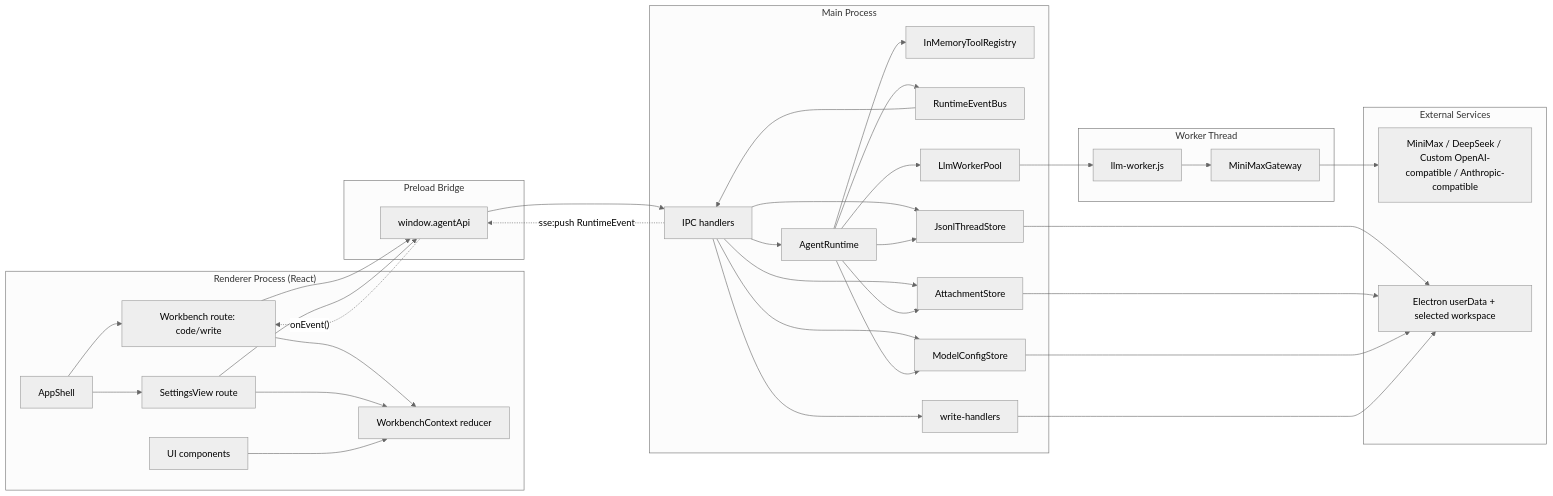
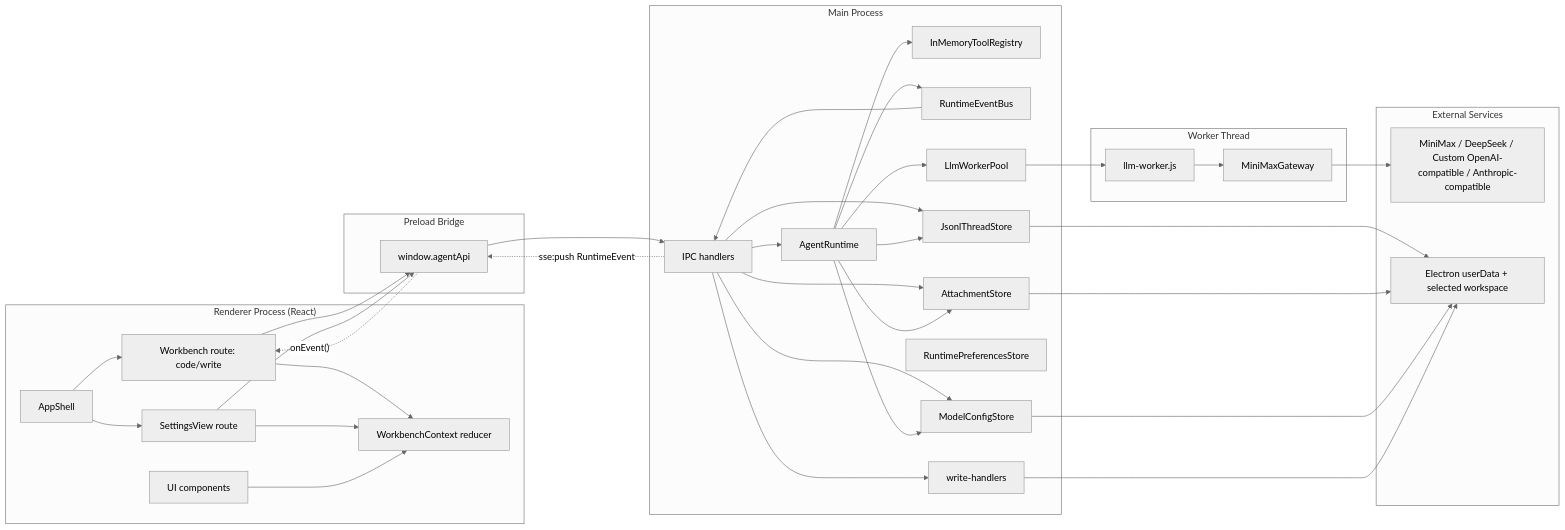
One commit to dp-sudo/agent-pyramid-desktop changed the first of 9 diagrams in docs/architecture.md. Above: the diagram before and after it, drawn with Mermaid (neutral theme). The commit also changed other lines of this file and 53 other files, not shown here.

````diff
--- a/docs/architecture.md
+++ b/docs/architecture.md
@@ -27,66 +27,67 @@
 ```mermaid
 flowchart LR
   subgraph Renderer["Renderer Process (React)"]
     AppShell["AppShell"]
     Workbench["Workbench route: code/write"]
     Settings["SettingsView route"]
     Store["WorkbenchContext reducer"]
     UI["UI components"]
   end
 
   subgraph Preload["Preload Bridge"]
     AgentApi["window.agentApi"]
   end
 
   subgraph Main["Main Process"]
     IpcHandlers["IPC handlers"]
     Runtime["AgentRuntime"]
     Registry["InMemoryToolRegistry"]
     Bus["RuntimeEventBus"]
     Threads["JsonlThreadStore"]
     Attachments["AttachmentStore"]
     Config["ModelConfigStore"]
+    RuntimePrefs["RuntimePreferencesStore"]
     WorkerPool["LlmWorkerPool"]
     WriteSvc["write-handlers"]
   end
 
   subgraph Worker["Worker Thread"]
     WorkerEntry["llm-worker.js"]
     Gateway["MiniMaxGateway"]
   end
 
   subgraph External["External Services"]
     Providers["MiniMax / DeepSeek / Custom OpenAI-compatible / Anthropic-compatible"]
     Filesystem["Electron userData + selected workspace"]
   end
 
   AppShell --> Workbench
   AppShell --> Settings
   Workbench --> Store
   Settings --> Store
   UI --> Store
   Workbench --> AgentApi
   Settings --> AgentApi
   AgentApi --> IpcHandlers
   IpcHandlers --> Runtime
   IpcHandlers --> Threads
   IpcHandlers --> Attachments
   IpcHandlers --> Config
   IpcHandlers --> WriteSvc
   Runtime --> Registry
   Runtime --> Bus
   Runtime --> Threads
   Runtime --> Attachments
   Runtime --> Config
   Runtime --> WorkerPool
   WorkerPool --> WorkerEntry
   WorkerEntry --> Gateway
   Gateway --> Providers
   Threads --> Filesystem
   Attachments --> Filesystem
   Config --> Filesystem
   WriteSvc --> Filesystem
   Bus --> IpcHandlers
   IpcHandlers -. "sse:push RuntimeEvent" .-> AgentApi
   AgentApi -. "onEvent()" .-> Workbench
 ```
````
